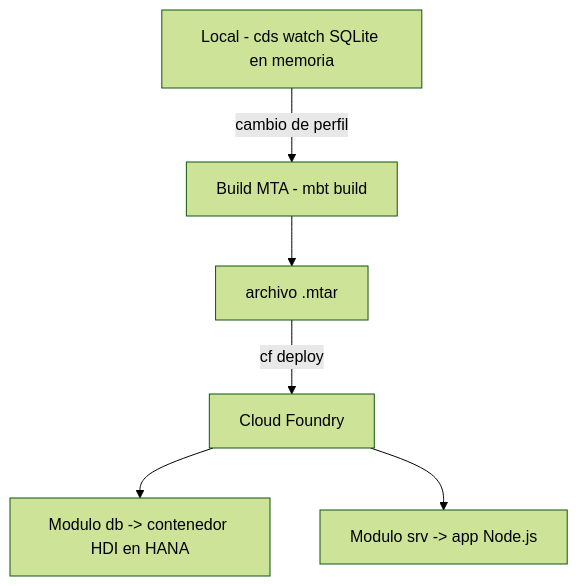
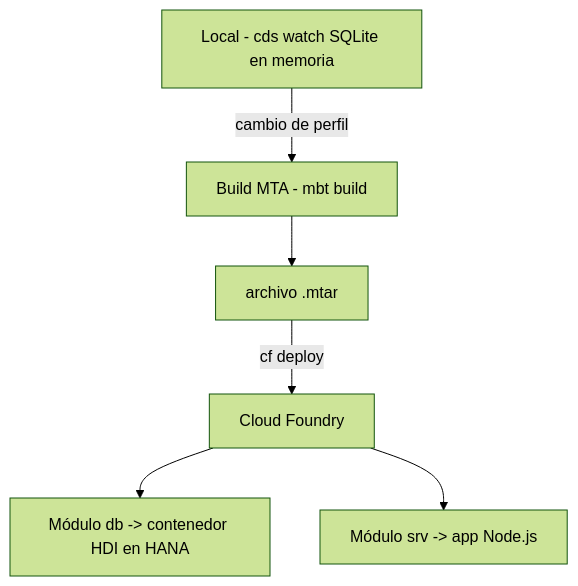
Before and after one commit to logalitech/blog-content: the diagram in es/cap-despliegue-btp.mdx, drawn with Mermaid (forest theme). The commit also changed other lines of this file and 49 other files, not shown here.

````diff
--- a/es/cap-despliegue-btp.mdx
+++ b/es/cap-despliegue-btp.mdx
@@ -21,8 +21,8 @@
 ```mermaid
 flowchart TD
  L["Local - cds watch SQLite en memoria"] -->|"cambio de perfil"| B["Build MTA - mbt build"]
  B --> A["archivo .mtar"]
  A -->|"cf deploy"| CF["Cloud Foundry"]
- CF --> DB["Modulo db -> contenedor HDI en HANA"]
- CF --> SRV["Modulo srv -> app Node.js"]
+ CF --> DB["Módulo db -> contenedor HDI en HANA"]
+ CF --> SRV["Módulo srv -> app Node.js"]
 ```
````
